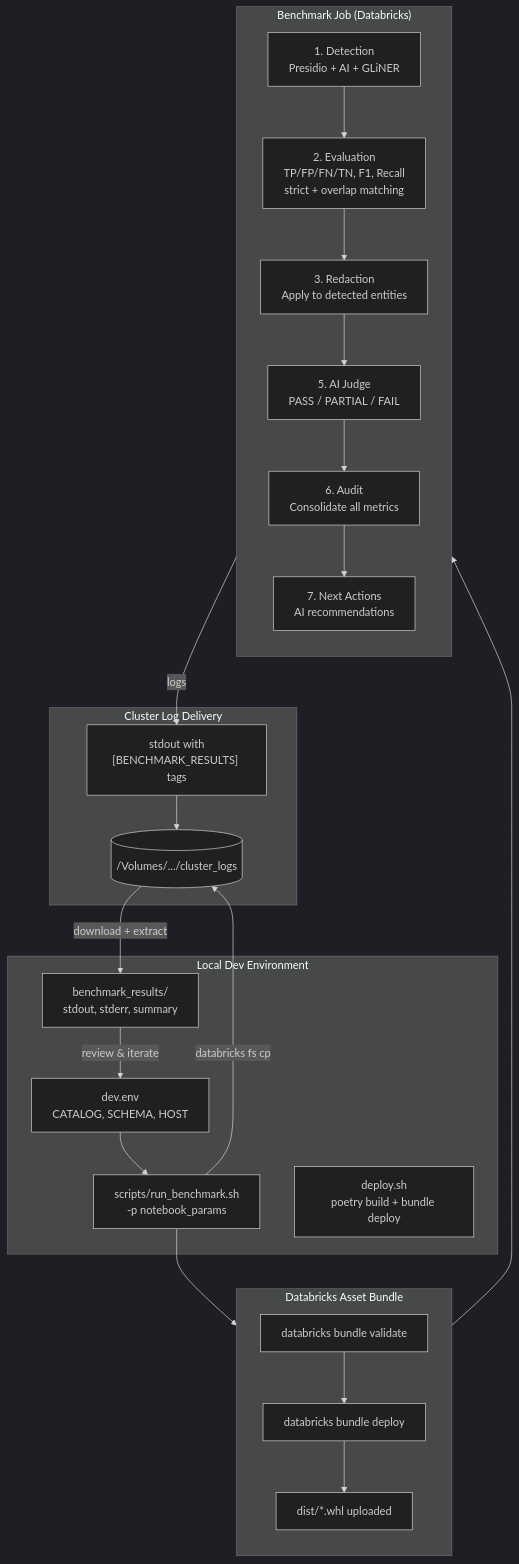
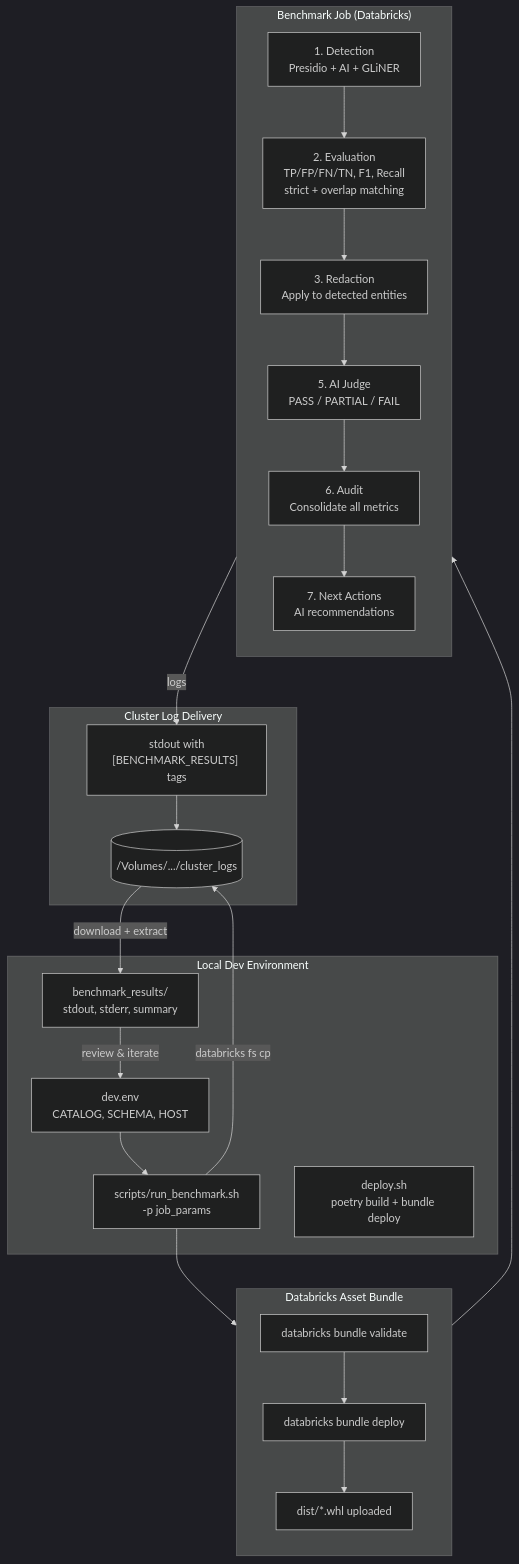
The second of 3 diagrams in README.md (databricks-industry-solutions/dbxredact), drawn with Mermaid (dark theme) before and after one commit. The commit also changed other lines of this file and 89 other files, not shown here.

````diff
--- a/README.md
+++ b/README.md
@@ -56,41 +56,41 @@
 ```mermaid
 flowchart TB
     subgraph Local["Local Dev Environment"]
         DEV["dev.env\nCATALOG, SCHEMA, HOST"]
-        SCRIPT["scripts/run_benchmark.sh\n-p notebook_params"]
+        SCRIPT["scripts/run_benchmark.sh\n-p job_params"]
         DEPLOY["deploy.sh\npoetry build + bundle deploy"]
         LOGS["benchmark_results/\nstdout, stderr, summary"]
     end
 
     subgraph DAB["Databricks Asset Bundle"]
         direction TB
         VALIDATE["databricks bundle validate"]
         BDEPLOY["databricks bundle deploy"]
         WHEEL["dist/*.whl uploaded"]
     end
 
     subgraph BenchmarkJob["Benchmark Job (Databricks)"]
         direction TB
         N1["1. Detection\nPresidio + AI + GLiNER"]
         N2["2. Evaluation\nTP/FP/FN/TN, F1, Recall\nstrict + overlap matching"]
         N3["3. Redaction\nApply to detected entities"]
         N5["5. AI Judge\nPASS / PARTIAL / FAIL"]
         N6["6. Audit\nConsolidate all metrics"]
         N7["7. Next Actions\nAI recommendations"]
 
         N1 --> N2 --> N3 --> N5 --> N6 --> N7
     end
 
     subgraph ClusterLogs["Cluster Log Delivery"]
         CL["stdout with\n[BENCHMARK_RESULTS] tags"]
         VOL[("/Volumes/.../cluster_logs")]
     end
 
     DEV --> SCRIPT
     SCRIPT --> VALIDATE --> BDEPLOY --> WHEEL
     WHEEL --> N1
     N7 -->|"logs"| CL --> VOL
     SCRIPT -->|"databricks fs cp"| VOL
     VOL -->|"download + extract"| LOGS
     LOGS -->|"review & iterate"| DEV
 ```
````
